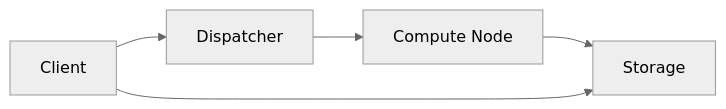
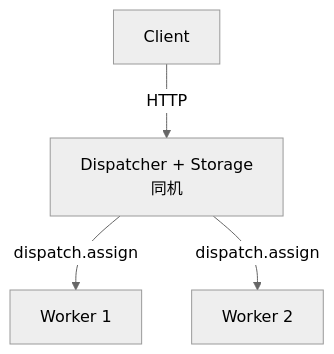
One commit to RESBI/StockStatistic changed the eighth of 10 diagrams in V31design/designV31/DESIGN_ARCH_V31.md. Above: the diagram before and after it, drawn with Mermaid (neutral theme). The commit also changed other lines of this file and 27 other files, not shown here.

First line of the commit message:
Overwrite V31design with finalized V3.1 architecture docs + implementation reports

````diff
--- a/V31design/designV31/DESIGN_ARCH_V31.md
+++ b/V31design/designV31/DESIGN_ARCH_V31.md
@@ -386,7 +535,6 @@
 ```mermaid
-flowchart LR
-    C[Client] --> D[Dispatcher]
-    D --> W[Compute Node]
-    W --> S[Storage]
-    C --> S
+graph TB
+    I[Client] -->|HTTP| D[Dispatcher + Storage<br/>同机]
+    D -->|dispatch.assign| W1[Worker 1]
+    D -->|dispatch.assign| W2[Worker 2]
 ```
````
